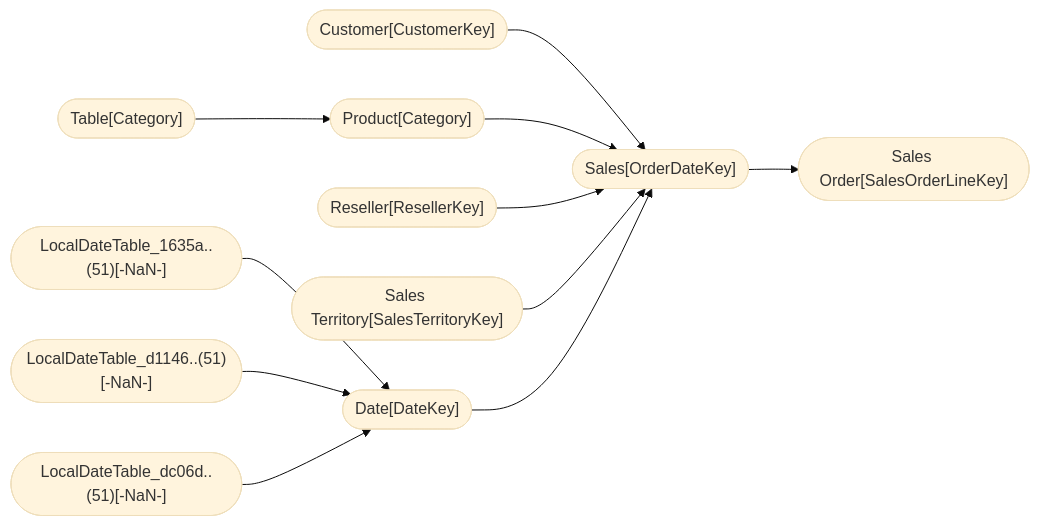
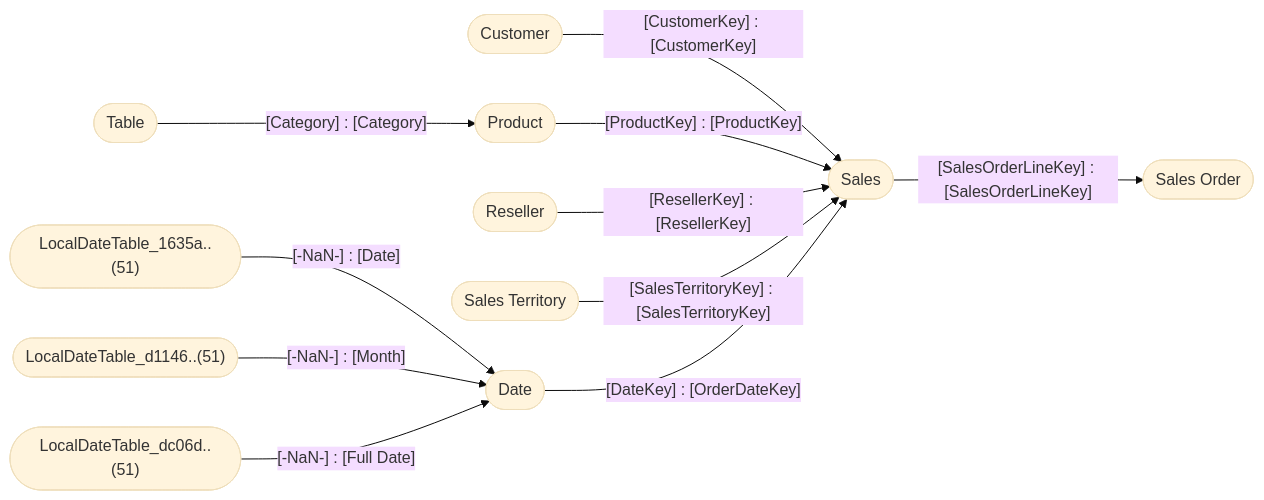
Before and after one commit to ZdenekMerka/pbix_doc: the diagram in tests/output/AdventureWorks Sales.pbix.md, drawn with Mermaid (base theme). The commit also changed other lines of this file and 8 other files, not shown here.

Commit message:
change graph edges descriptions #14

````diff
--- a/tests/output/AdventureWorks Sales.pbix.md
+++ b/tests/output/AdventureWorks Sales.pbix.md
@@ -29,14 +29,14 @@
 ```mermaid
 graph LR;
 
-id186(["LocalDateTable_1635a..(51)[-NaN-]"]) --> id183(["Date[Date]"])
-id189(["LocalDateTable_d1146..(51)[-NaN-]"]) --> id183(["Date[Month]"])
-id192(["LocalDateTable_dc06d..(51)[-NaN-]"]) --> id183(["Date[Full Date]"])
-id12(["Customer[CustomerKey]"]) --> id805(["Sales[CustomerKey]"])
-id572(["Product[ProductKey]"]) --> id805(["Sales[ProductKey]"])
-id690(["Reseller[ResellerKey]"]) --> id805(["Sales[ResellerKey]"])
-id805(["Sales[SalesOrderLineKey]"]) --> id980(["Sales Order[SalesOrderLineKey]"])
-id1078(["Sales Territory[SalesTerritoryKey]"]) --> id805(["Sales[SalesTerritoryKey]"])
-id183(["Date[DateKey]"]) --> id805(["Sales[OrderDateKey]"])
-id3642(["Table[Category]"]) --> id572(["Product[Category]"])
+id186(["LocalDateTable_1635a..(51)"]) --[-NaN-] : [Date]--> id183(["Date"])
+id189(["LocalDateTable_d1146..(51)"]) --[-NaN-] : [Month]--> id183(["Date"])
+id192(["LocalDateTable_dc06d..(51)"]) --[-NaN-] : [Full Date]--> id183(["Date"])
+id12(["Customer"]) --[CustomerKey] : [CustomerKey]--> id805(["Sales"])
+id572(["Product"]) --[ProductKey] : [ProductKey]--> id805(["Sales"])
+id690(["Reseller"]) --[ResellerKey] : [ResellerKey]--> id805(["Sales"])
+id805(["Sales"]) --[SalesOrderLineKey] : [SalesOrderLineKey]--> id980(["Sales Order"])
+id1078(["Sales Territory"]) --[SalesTerritoryKey] : [SalesTerritoryKey]--> id805(["Sales"])
+id183(["Date"]) --[DateKey] : [OrderDateKey]--> id805(["Sales"])
+id3642(["Table"]) --[Category] : [Category]--> id572(["Product"])
 ```
````
